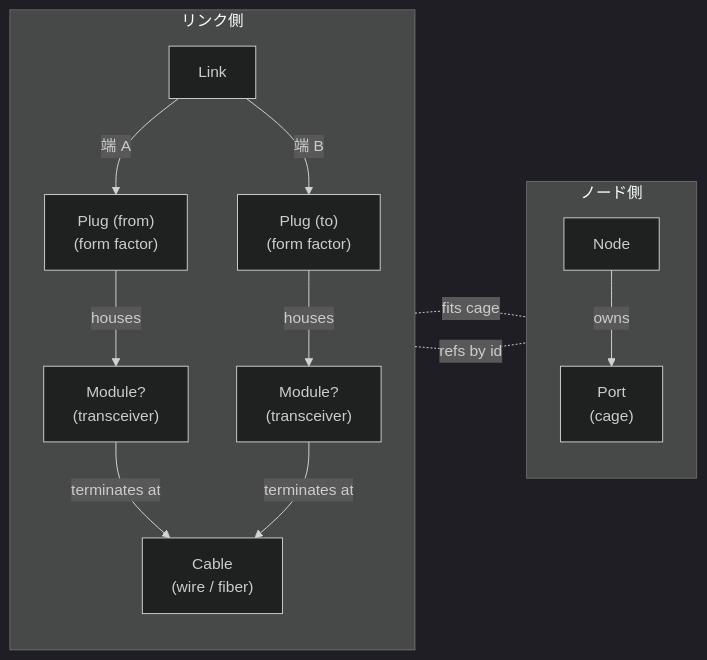
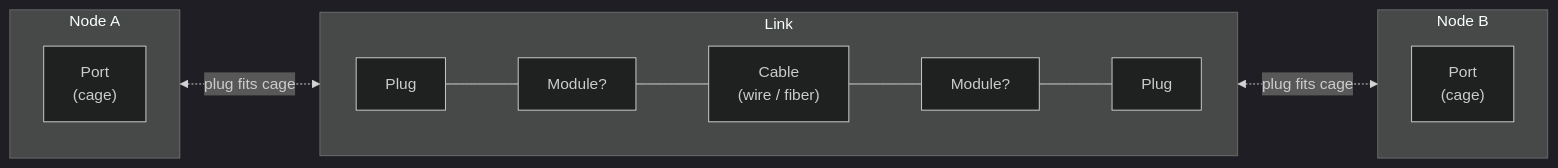
Before and after one commit to konoe-akitoshi/shumoku: the first of 3 diagrams in apps/editor/docs/connection-model.md, drawn with Mermaid (dark theme). The commit also changed other lines of this file, not shown here.

Commit message:
docs(connection-model): horizontal Node | Link | Node layout
Reshape the rough diagram into side-by-side boxes per user's
preferred mental model: Node A and Node B on the outside (each
holding a Port), Link in the middle holding the physical chain
Plug → Module? → Cable → Module? → Plug. The Plug ↔ cage links
go between the boxes, making the connection points visually obvious.

````diff
--- a/apps/editor/docs/connection-model.md
+++ b/apps/editor/docs/connection-model.md
@@ -17,29 +17,20 @@
 ```mermaid
 flowchart LR
-  subgraph NS[ノード側]
+  subgraph A[Node A]
     direction TB
-    Node["Node"]
-    Port["Port<br/>(cage)"]
-    Node -- owns --> Port
+    PA["Port<br/>(cage)"]
   end
 
-  subgraph LS[リンク側]
-    direction TB
-    Link["Link"]
-    PA["Plug (from)<br/>(form factor)"]
-    PB["Plug (to)<br/>(form factor)"]
-    MA["Module?<br/>(transceiver)"]
-    MB["Module?<br/>(transceiver)"]
-    C["Cable<br/>(wire / fiber)"]
-
-    Link -- 端 A --> PA
-    Link -- 端 B --> PB
-    PA -- houses --> MA
-    PB -- houses --> MB
-    MA -- terminates at --> C
-    MB -- terminates at --> C
+  subgraph L[Link]
+    direction LR
+    PlA["Plug"] --- MA["Module?"] --- C["Cable<br/>(wire / fiber)"] --- MB["Module?"] --- PlB["Plug"]
   end
 
-  PA -. fits cage .- Port
-  PA -. refs by id .- Node
+  subgraph B[Node B]
+    direction TB
+    PB["Port<br/>(cage)"]
+  end
+
+  PA <-. plug fits cage .-> PlA
+  PlB <-. plug fits cage .-> PB
 ```
````
